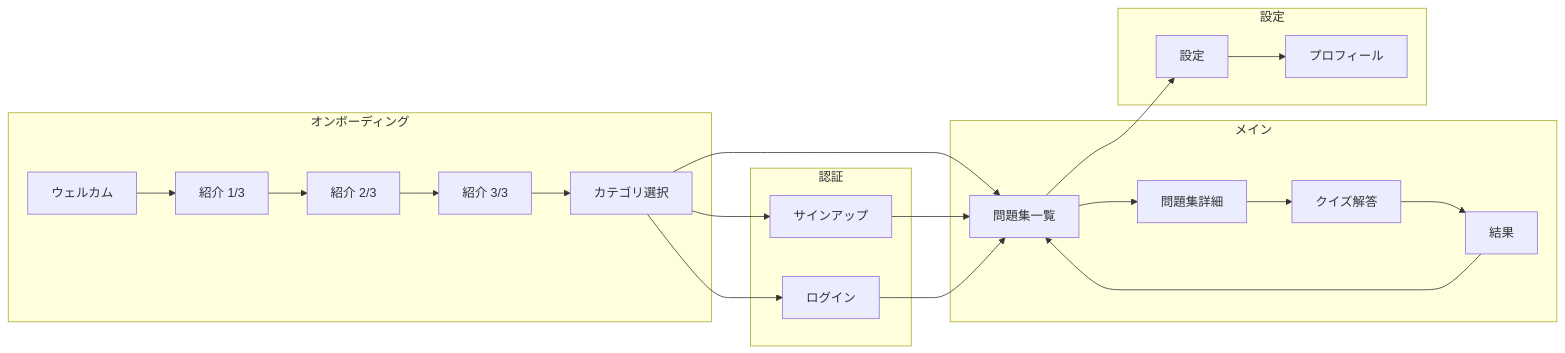
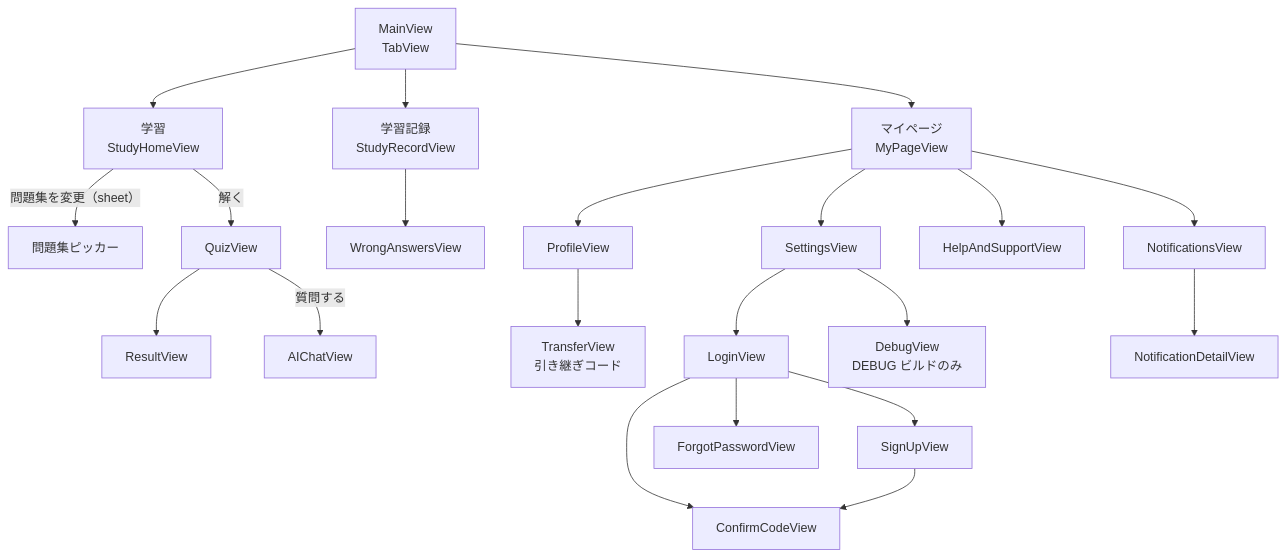
One commit to takoikatakotako/rikako changed the second of 2 diagrams in docs/ios.md. Above: the diagram before and after it, drawn with Mermaid. The commit also changed other lines of this file and 6 other files, not shown here.

````diff
--- a/docs/ios.md
+++ b/docs/ios.md
@@ -42,36 +32,28 @@
 ```mermaid
-flowchart LR
-    subgraph オンボーディング
-        Welcome[ウェルカム]
-        Intro1[紹介 1/3]
-        Intro2[紹介 2/3]
-        Intro3[紹介 3/3]
-        CategorySelect[カテゴリ選択]
-    end
+flowchart TD
+    Main[MainView<br/>TabView] --> Study[学習<br/>StudyHomeView]
+    Main --> Record[学習記録<br/>StudyRecordView]
+    Main --> My[マイページ<br/>MyPageView]
 
-    subgraph 認証
-        SignUp[サインアップ]
-        Login[ログイン]
-    end
+    Study -->|問題集を変更（sheet）| Picker[問題集ピッカー]
+    Study -->|解く| Quiz[QuizView]
+    Quiz --> Result[ResultView]
+    Quiz -->|質問する| AIChat[AIChatView]
 
-    subgraph メイン
-        WorkbookList[問題集一覧]
-        WorkbookDetail[問題集詳細]
-        Quiz[クイズ解答]
-        Result[結果]
-    end
+    Record --> Wrong[WrongAnswersView]
 
-    subgraph 設定
-        Settings[設定]
-        Profile[プロフィール]
-    end
+    My --> Profile[ProfileView]
+    My --> Notifications[NotificationsView]
+    My --> Help[HelpAndSupportView]
+    My --> Settings[SettingsView]
 
-    Welcome --> Intro1 --> Intro2 --> Intro3 --> CategorySelect
-    CategorySelect --> SignUp
-    CategorySelect --> Login
-    CategorySelect --> WorkbookList
-    SignUp --> WorkbookList
-    Login --> WorkbookList
-    WorkbookList --> WorkbookDetail --> Quiz --> Result --> WorkbookList
-    WorkbookList --> Settings --> Profile
+    Profile --> Transfer[TransferView<br/>引き継ぎコード]
+    Settings --> Login[LoginView]
+    Settings --> Debug[DebugView<br/>DEBUG ビルドのみ]
+
+    Login --> SignUp[SignUpView]
+    Login --> Confirm[ConfirmCodeView]
+    Login --> Forgot[ForgotPasswordView]
+    SignUp --> Confirm
+    Notifications --> NotifDetail[NotificationDetailView]
 ```
````
